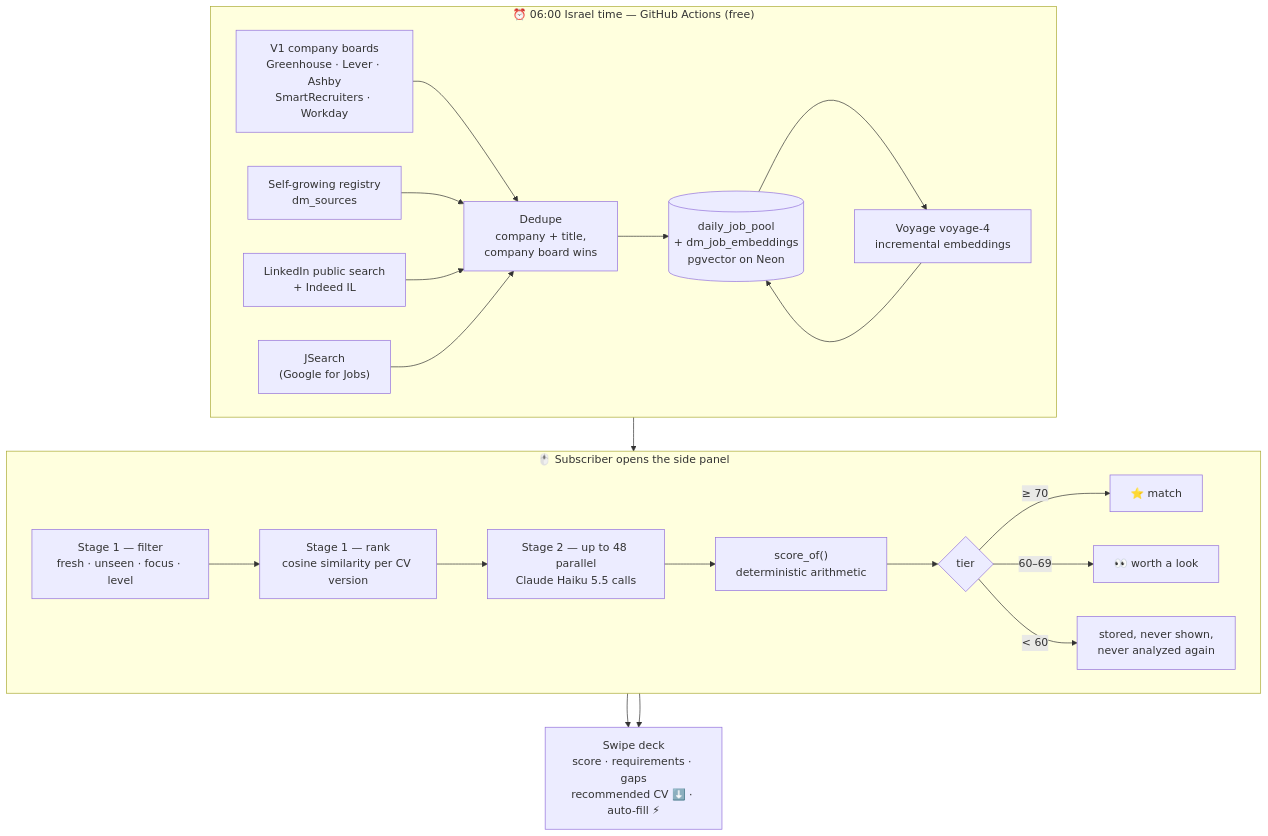
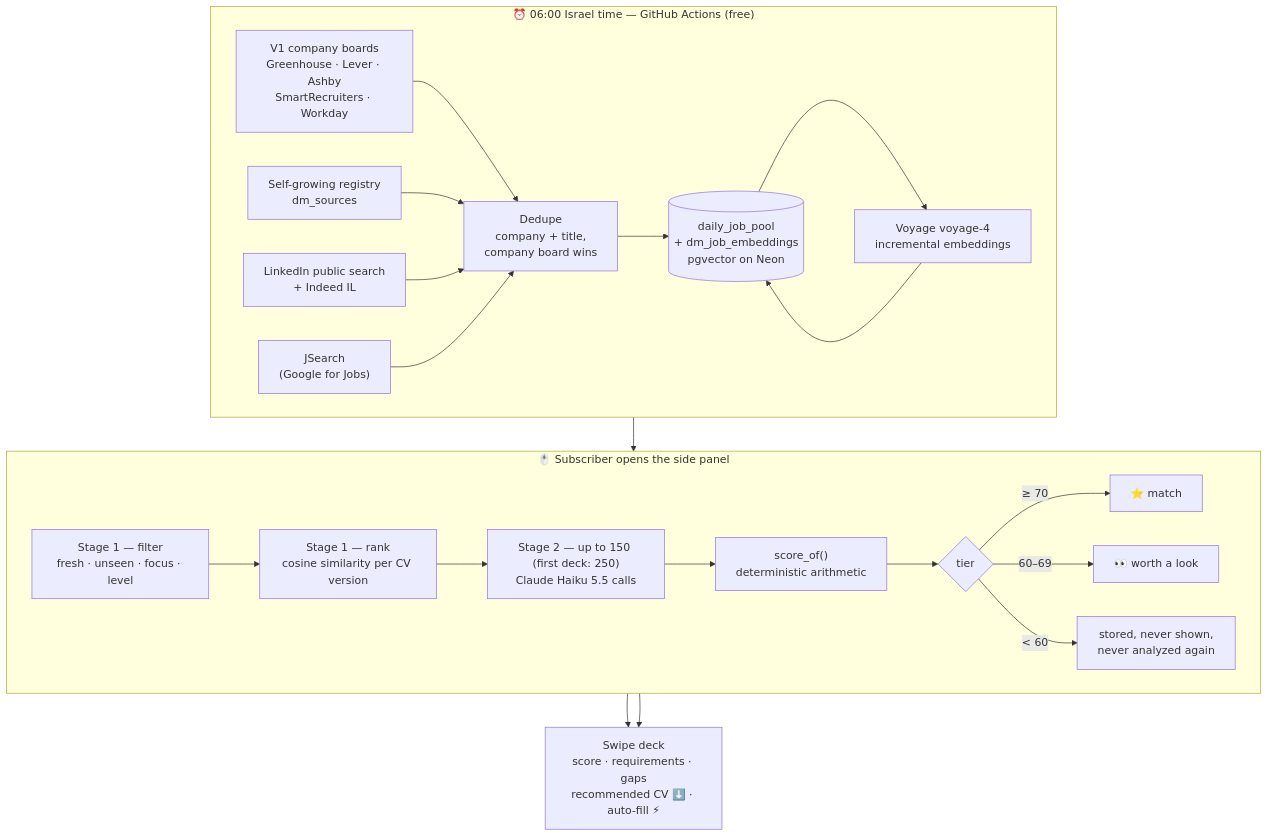
Before and after one commit to chanafroind-sys/job-match-ai-extension: the second of 8 diagrams in README.md, drawn with Mermaid. The commit also changed other lines of this file and 8 other files, not shown here.

````diff
--- a/README.md
+++ b/README.md
@@ -247,30 +247,30 @@
 ```mermaid
 flowchart TB
     subgraph Morning["⏰ 06:00 Israel time — GitHub Actions (free)"]
         direction LR
         S1["V1 company boards<br/>Greenhouse · Lever · Ashby<br/>SmartRecruiters · Workday"]
         S2["Self-growing registry<br/>dm_sources"]
         S3["LinkedIn public search<br/>+ Indeed IL"]
         S4["JSearch<br/>(Google for Jobs)"]
         D["Dedupe<br/>company + title,<br/>company board wins"]
         E["Voyage voyage-4<br/>incremental embeddings"]
         S1 & S2 & S3 & S4 --> D --> P[("daily_job_pool<br/>+ dm_job_embeddings<br/>pgvector on Neon")]
         P --> E --> P
     end
 
     subgraph Click["🖱️ Subscriber opens the side panel"]
         direction LR
         F["Stage 1 — filter<br/>fresh · unseen · focus · level"]
         V["Stage 1 — rank<br/>cosine similarity per CV version"]
-        L["Stage 2 — up to 48 parallel<br/>Claude Haiku 5.5 calls"]
+        L["Stage 2 — up to 150 (first deck: 250)<br/>Claude Haiku 5.5 calls"]
         C["score_of()<br/>deterministic arithmetic"]
         T{"tier"}
         F --> V --> L --> C --> T
         T -->|"≥ 70"| Strong["⭐ match"]
         T -->|"60–69"| Maybe["👀 worth a look"]
         T -->|"< 60"| Hidden["stored, never shown,<br/>never analyzed again"]
     end
 
     P --> F
     Strong & Maybe --> Deck["Swipe deck<br/>score · requirements · gaps<br/>recommended CV ⬇️ · auto-fill ⚡"]
 ```
````
